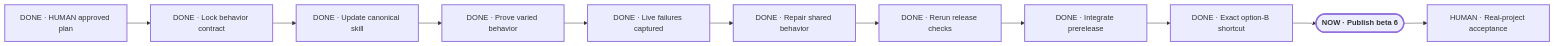
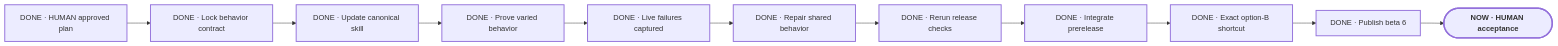
One commit to Pu11en/portable-planner changed the diagram in planning/PLAN-VIEW.md. Above: the diagram before and after it, drawn with Mermaid. The commit also changed other lines of this file and 4 other files, not shown here.

````diff
--- a/planning/PLAN-VIEW.md
+++ b/planning/PLAN-VIEW.md
@@ -13,22 +13,22 @@
 ```mermaid
 flowchart LR
     H["DONE · HUMAN approved plan"]
     E1["DONE · Lock behavior contract"]
     E2["DONE · Update canonical skill"]
     E3["DONE · Prove varied behavior"]
     E4["DONE · Live failures captured"]
     E5["DONE · Repair shared behavior"]
     E6["DONE · Rerun release checks"]
     E7["DONE · Integrate prerelease"]
     E8["DONE · Exact option-B shortcut"]
-    E9(["NOW · Publish beta 6"])
-    D["HUMAN · Real-project acceptance"]
+    E9["DONE · Publish beta 6"]
+    D(["NOW · HUMAN acceptance"])
     H --> E1 --> E2 --> E3 --> E4 --> E5 --> E6 --> E7 --> E8 --> E9 --> D
 
     classDef current stroke-width:3px,font-weight:700;
     classDef milestone stroke-width:2px;
     classDef proof stroke-width:3px,font-weight:700;
 
-    class E9 current;
-    class H,E1,E2,E3,E4,E5,E6,E7,E8,D milestone;
+    class D current;
+    class H,E1,E2,E3,E4,E5,E6,E7,E8,E9 milestone;
 ```
````
